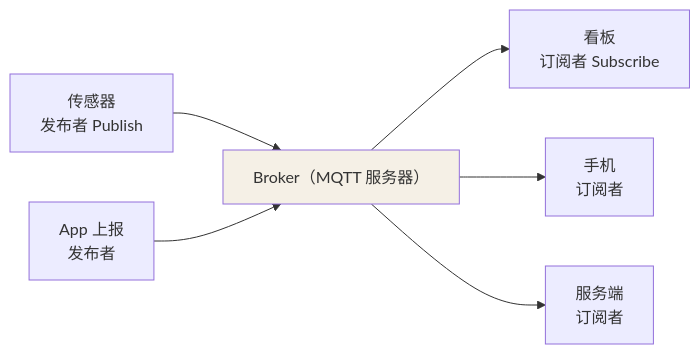
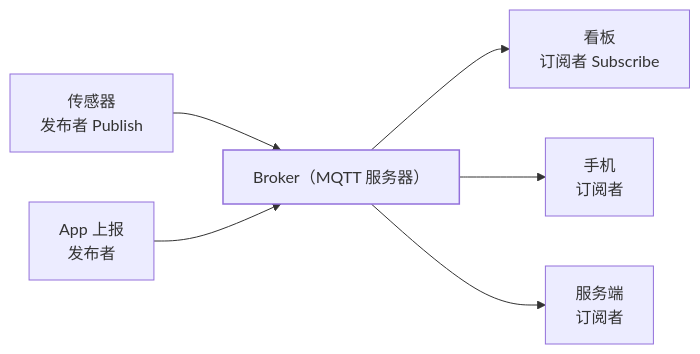
Before and after one commit to Loadhao/ascension: the first of 2 diagrams in src/content/docs/mqtt/basic/core/01-mqtt-protocol.md, drawn with Mermaid. The commit also changed 87 other files, not shown here.

First line of the commit message:
fix: 全站图表配色改由主题接管，修复暗色主题下浅底浅字看不清

````diff
--- a/src/content/docs/mqtt/basic/core/01-mqtt-protocol.md
+++ b/src/content/docs/mqtt/basic/core/01-mqtt-protocol.md
@@ -15,10 +15,11 @@
 ```mermaid
 flowchart LR
     P1["传感器<br/>发布者 Publish"] --> B["Broker（MQTT 服务器）"]
     P2["App 上报<br/>发布者"] --> B
     B --> C1["看板<br/>订阅者 Subscribe"]
     B --> C2["手机<br/>订阅者"]
     B --> C3["服务端<br/>订阅者"]
     
-    style B fill:#f5f0e6
+    class B hl
+    classDef hl stroke-width:1.5px
 ```
````
